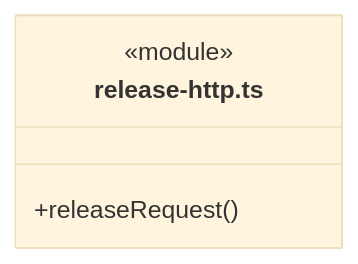
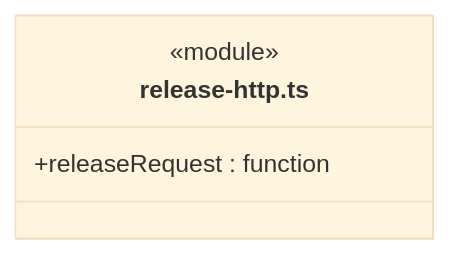
Before and after one commit to nan023062/cbim: the tenth of 28 diagrams in src/logic/updates/service/ARCHITECTURE.md, drawn with Mermaid (base theme). The commit also changed other lines of this file and 137 other files, not shown here.

Commit message:
fix: align architecture generator with documentation standards

````diff
--- a/src/logic/updates/service/ARCHITECTURE.md
+++ b/src/logic/updates/service/ARCHITECTURE.md
@@ -357,7 +371,7 @@
 ```mermaid
 classDiagram
 class N_src_logic_updates_service_release_http_ts["release-http.ts"] {
   <<module>>
-  +releaseRequest()
+  +releaseRequest : function
 }
 ```
````
